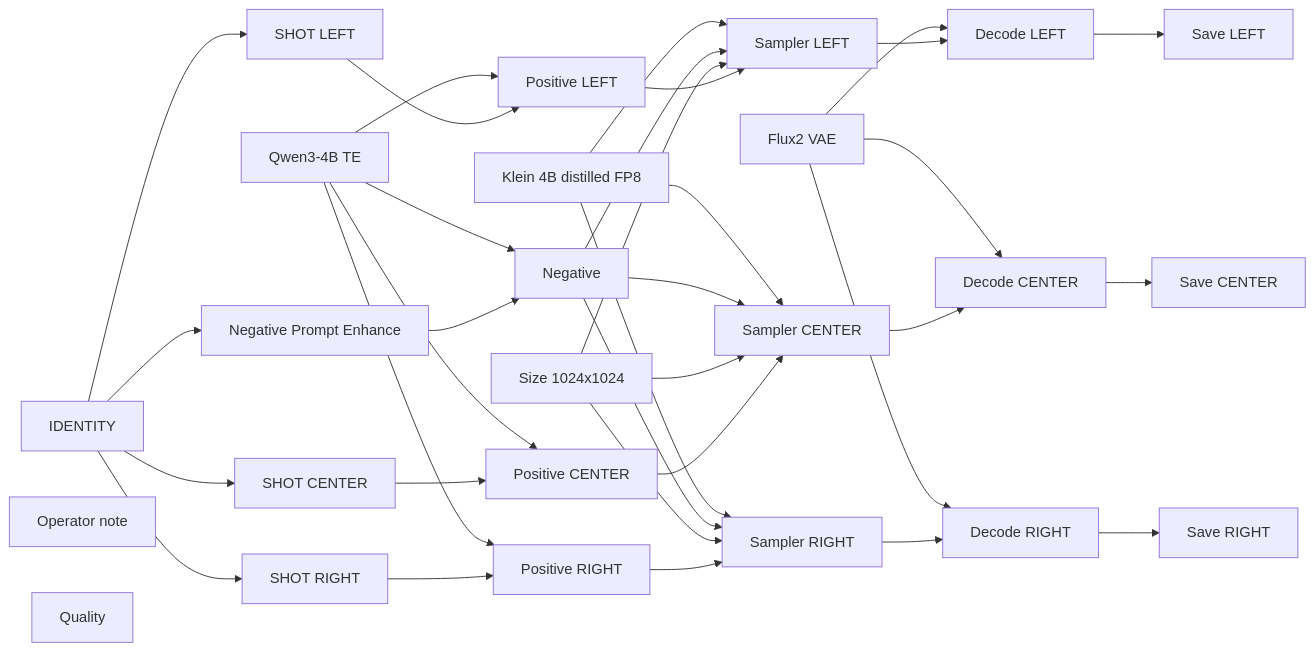
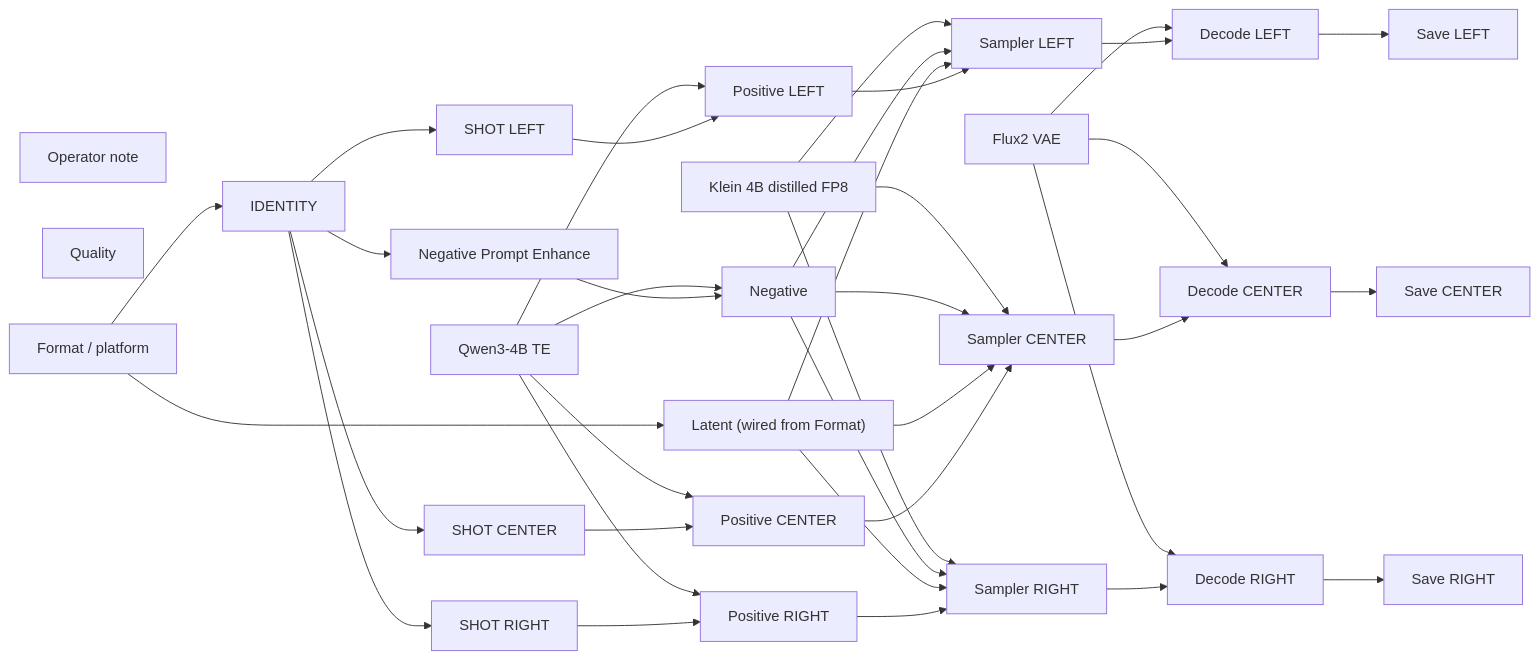
One commit to toxicoder/ez-comfy-stack changed the diagram in docs/generated/workflows/klein/creator/instagram-grid-3up.md. Above: the diagram before and after it, drawn with Mermaid. The commit also changed other lines of this file and 312 other files, not shown here.

First line of the commit message:
feat: Format / platform on Klein, Wan, and LTX Apps

````diff
--- a/docs/generated/workflows/klein/creator/instagram-grid-3up.md
+++ b/docs/generated/workflows/klein/creator/instagram-grid-3up.md
@@ -50,60 +52,63 @@
 ```mermaid
 flowchart LR
   N1["Klein 4B distilled FP8"]
   N2["Qwen3-4B TE"]
   N3["Flux2 VAE"]
   N4["IDENTITY"]
   N5["Negative"]
-  N6["Size 1024x1024"]
+  N6["Latent (wired from Format)"]
   N7["Operator note"]
   N10["SHOT LEFT"]
   N11["Positive LEFT"]
   N12["Sampler LEFT"]
   N13["Decode LEFT"]
   N14["Save LEFT"]
   N16["SHOT CENTER"]
   N17["Positive CENTER"]
   N18["Sampler CENTER"]
   N19["Decode CENTER"]
   N20["Save CENTER"]
   N22["SHOT RIGHT"]
   N23["Positive RIGHT"]
   N24["Sampler RIGHT"]
   N25["Decode RIGHT"]
   N26["Save RIGHT"]
   N27["Negative Prompt Enhance"]
   N28["Quality"]
+  N29["Format / platform"]
   N1 --> N12
   N1 --> N18
   N1 --> N24
   N2 --> N5
   N2 --> N11
   N2 --> N17
   N2 --> N23
   N3 --> N13
   N3 --> N19
   N3 --> N25
   N4 --> N10
   N4 --> N16
   N4 --> N22
   N4 --> N27
   N5 --> N12
   N5 --> N18
   N5 --> N24
   N6 --> N12
   N6 --> N18
   N6 --> N24
   N10 --> N11
   N11 --> N12
   N12 --> N13
   N13 --> N14
   N16 --> N17
   N17 --> N18
   N18 --> N19
   N19 --> N20
   N22 --> N23
   N23 --> N24
   N24 --> N25
   N25 --> N26
   N27 --> N5
+  N29 --> N6
+  N29 --> N4
 ```
````
